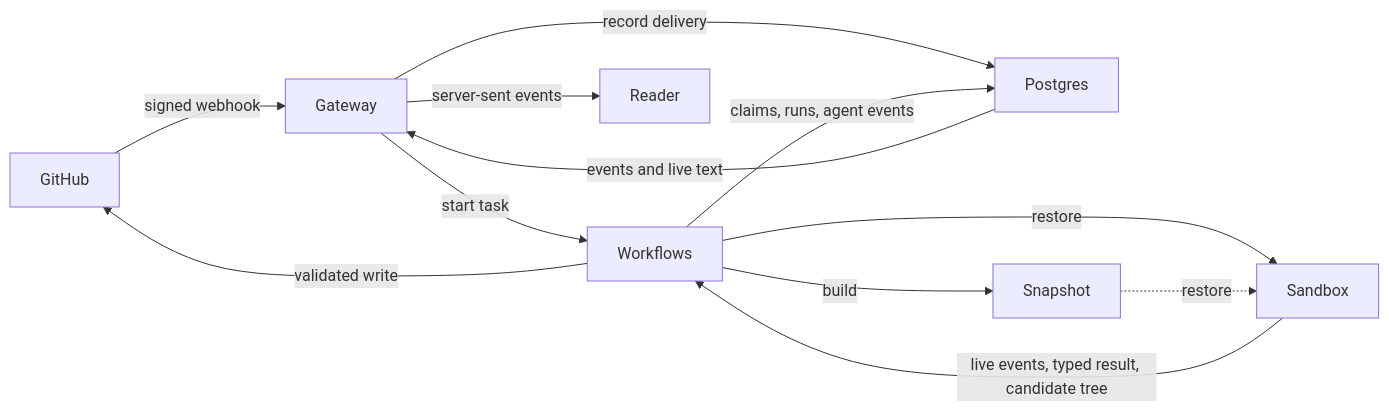
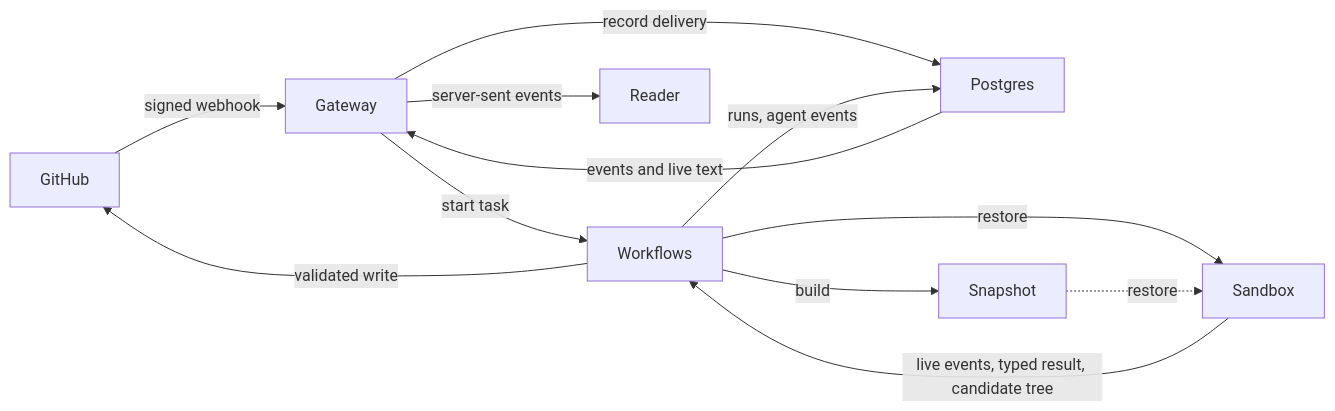
The diagram in docs/architecture.md (render-examples/software-factory), drawn with Mermaid before and after one commit. The commit also changed other lines of this file and 48 other files, not shown here.

````diff
--- a/docs/architecture.md
+++ b/docs/architecture.md
@@ -18,14 +18,14 @@
 ```mermaid
 flowchart LR
   GitHub -->|signed webhook| Gateway
   Gateway -->|record delivery| Postgres
   Gateway -->|start task| Workflows
-  Workflows -->|claims, runs, agent events| Postgres
+  Workflows -->|runs, agent events| Postgres
   Workflows -->|restore| Sandbox
   Sandbox -->|live events, typed result, candidate tree| Workflows
   Workflows -->|validated write| GitHub
   Workflows -->|build| Snapshot
   Snapshot -.->|restore| Sandbox
   Postgres -->|events and live text| Gateway
   Gateway -->|server-sent events| Reader
 ```
````
